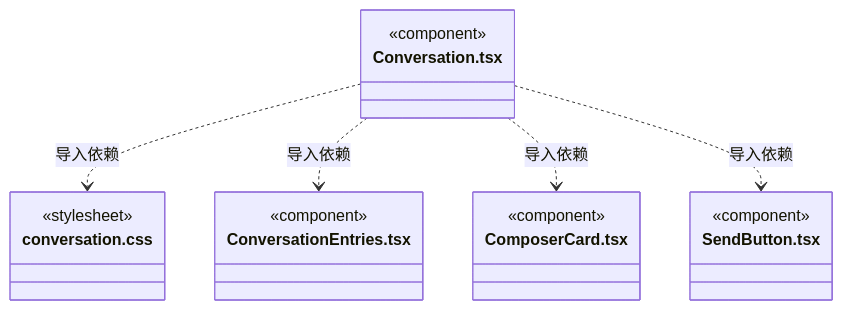
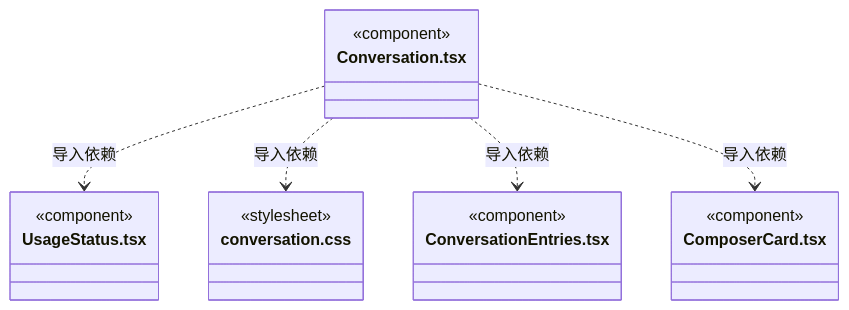
Diagram 46 of 54 in src/view/conversation/ARCHITECTURE.md (nan023062/cbim), drawn with Mermaid before and after one commit. The commit also changed other lines of this file and 19 other files, not shown here.

````diff
--- a/src/view/conversation/ARCHITECTURE.md
+++ b/src/view/conversation/ARCHITECTURE.md
@@ -609,22 +699,22 @@
 ```mermaid
 classDiagram
 class N_src_view_conversation_Conversation_tsx["Conversation.tsx"] {
+  <<component>>
+}
+class N_src_view_conversation_UsageStatus_tsx["UsageStatus.tsx"] {
   <<component>>
 }
 class N_src_view_conversation_conversation_css["conversation.css"] {
   <<stylesheet>>
 }
 class N_src_view_conversation_ConversationEntries_tsx["ConversationEntries.tsx"] {
   <<component>>
 }
 class N_src_view_conversation_ComposerCard_tsx["ComposerCard.tsx"] {
   <<component>>
 }
-class N_src_view_conversation_SendButton_tsx["SendButton.tsx"] {
-  <<component>>
-}
+N_src_view_conversation_Conversation_tsx ..> N_src_view_conversation_UsageStatus_tsx : 导入依赖
 N_src_view_conversation_Conversation_tsx ..> N_src_view_conversation_conversation_css : 导入依赖
 N_src_view_conversation_Conversation_tsx ..> N_src_view_conversation_ConversationEntries_tsx : 导入依赖
 N_src_view_conversation_Conversation_tsx ..> N_src_view_conversation_ComposerCard_tsx : 导入依赖
-N_src_view_conversation_Conversation_tsx ..> N_src_view_conversation_SendButton_tsx : 导入依赖
 ```
````
